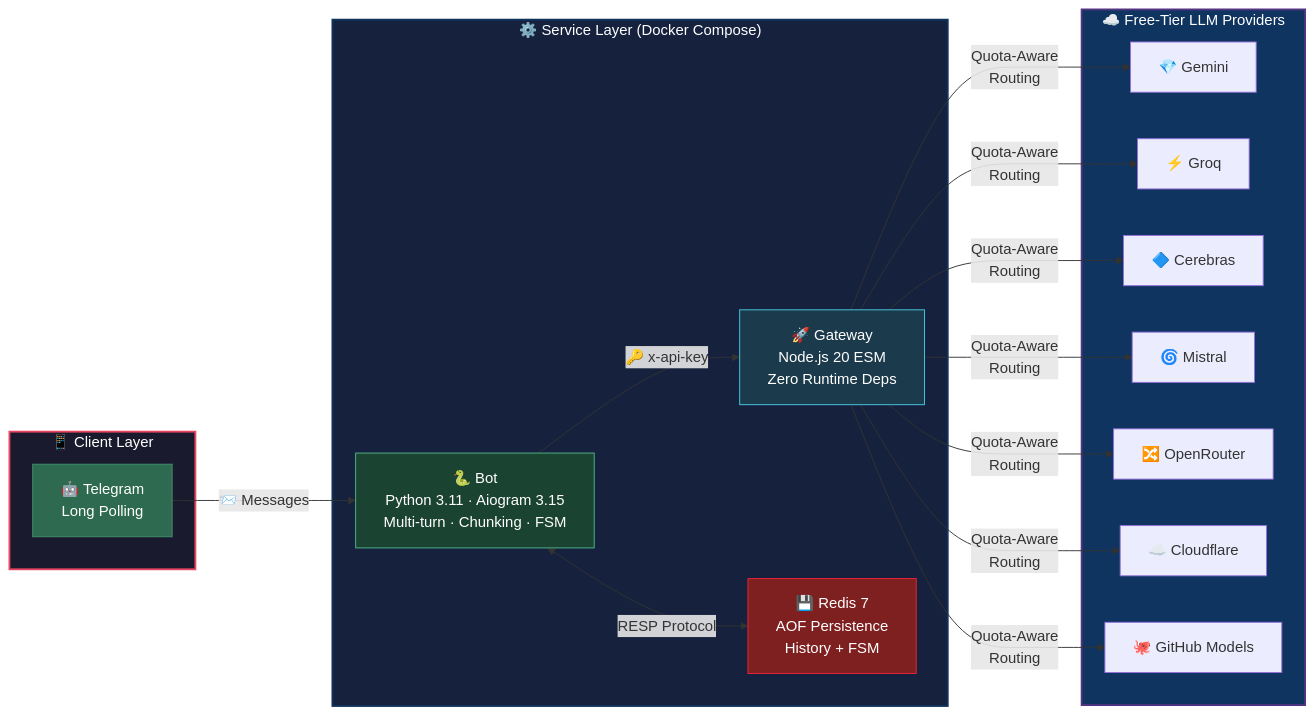
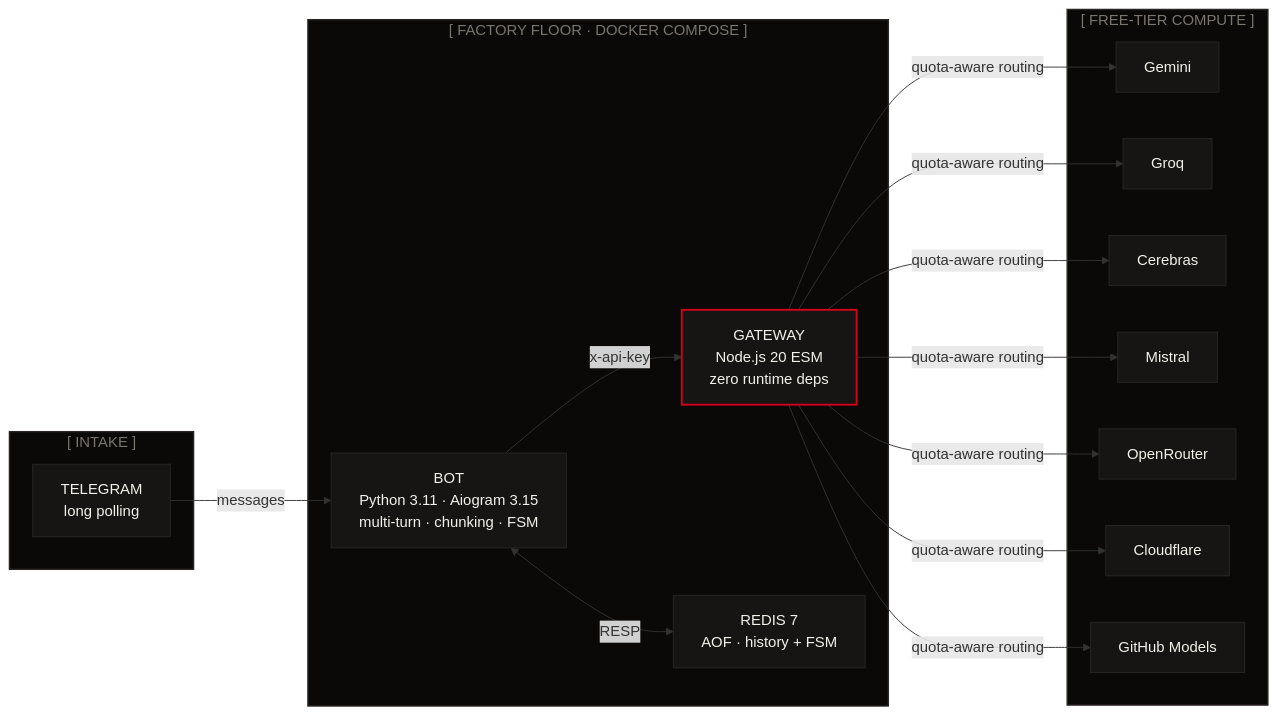
Before and after one commit to reARbitRA/konkred-AI-ecosystem: the first of 4 diagrams in README.md, drawn with Mermaid. The commit also changed other lines of this file, not shown here.

````diff
--- a/README.md
+++ b/README.md
@@ -27,35 +44,42 @@
 ```mermaid
 graph LR
-    subgraph Client["📱 Client Layer"]
-        TG["🤖 Telegram<br/>Long Polling"]
+    subgraph INTAKE["[ INTAKE ]"]
+        TG["TELEGRAM<br/>long polling"]
     end
 
-    subgraph Services["⚙️ Service Layer (Docker Compose)"]
-        BOT["🐍 Bot<br/>Python 3.11 · Aiogram 3.15<br/>Multi-turn · Chunking · FSM"]
-        GW["🚀 Gateway<br/>Node.js 20 ESM<br/>Zero Runtime Deps"]
-        RD["💾 Redis 7<br/>AOF Persistence<br/>History + FSM"]
+    subgraph FLOOR["[ FACTORY FLOOR · DOCKER COMPOSE ]"]
+        BOT["BOT<br/>Python 3.11 · Aiogram 3.15<br/>multi-turn · chunking · FSM"]
+        GW["GATEWAY<br/>Node.js 20 ESM<br/>zero runtime deps"]
+        RD["REDIS 7<br/>AOF · history + FSM"]
     end
 
-    subgraph Providers["☁️ Free-Tier LLM Providers"]
-        P1["💎 Gemini"]
-        P2["⚡ Groq"]
-        P3["🔷 Cerebras"]
-        P4["🌀 Mistral"]
-        P5["🔀 OpenRouter"]
-        P6["☁️ Cloudflare"]
-        P7["🐙 GitHub Models"]
+    subgraph POOL["[ FREE-TIER COMPUTE ]"]
+        P1["Gemini"]
+        P2["Groq"]
+        P3["Cerebras"]
+        P4["Mistral"]
+        P5["OpenRouter"]
+        P6["Cloudflare"]
+        P7["GitHub Models"]
     end
 
-    TG -->|"📨 Messages"| BOT
-    BOT -->|"🔑 x-api-key"| GW
-    BOT <-->|"RESP Protocol"| RD
-    GW -->|"Quota-Aware<br/>Routing"| P1 & P2 & P3 & P4 & P5 & P6 & P7
+    TG -->|"messages"| BOT
+    BOT -->|"x-api-key"| GW
+    BOT <-->|"RESP"| RD
+    GW -->|"quota-aware routing"| P1 & P2 & P3 & P4 & P5 & P6 & P7
 
-    style Client fill:#1a1a2e,stroke:#e94560,stroke-width:2px,color:#fff
-    style Services fill:#16213e,stroke:#0f3460,stroke-width:2px,color:#fff
-    style Providers fill:#0f3460,stroke:#533483,stroke-width:2px,color:#fff
-    style TG fill:#2d6a4f,stroke:#40916c,color:#fff
-    style BOT fill:#1b4332,stroke:#52b788,color:#fff
-    style GW fill:#1b3a4b,stroke:#48cae4,color:#fff
-    style RD fill:#7f2020,stroke:#ef233c,color:#fff
+    style INTAKE fill:#0a0908,stroke:#2a2624,stroke-width:1.5px,color:#7a756d
+    style FLOOR fill:#0a0908,stroke:#2a2624,stroke-width:1.5px,color:#7a756d
+    style POOL fill:#0a0908,stroke:#2a2624,stroke-width:1.5px,color:#7a756d
+    style TG fill:#171514,stroke:#2a2624,color:#f4f1eb
+    style BOT fill:#171514,stroke:#2a2624,color:#f4f1eb
+    style GW fill:#171514,stroke:#d60019,stroke-width:2px,color:#f4f1eb
+    style RD fill:#171514,stroke:#2a2624,color:#f4f1eb
+    style P1 fill:#171514,stroke:#2a2624,color:#f4f1eb
+    style P2 fill:#171514,stroke:#2a2624,color:#f4f1eb
+    style P3 fill:#171514,stroke:#2a2624,color:#f4f1eb
+    style P4 fill:#171514,stroke:#2a2624,color:#f4f1eb
+    style P5 fill:#171514,stroke:#2a2624,color:#f4f1eb
+    style P6 fill:#171514,stroke:#2a2624,color:#f4f1eb
+    style P7 fill:#171514,stroke:#2a2624,color:#f4f1eb
 ```
````
